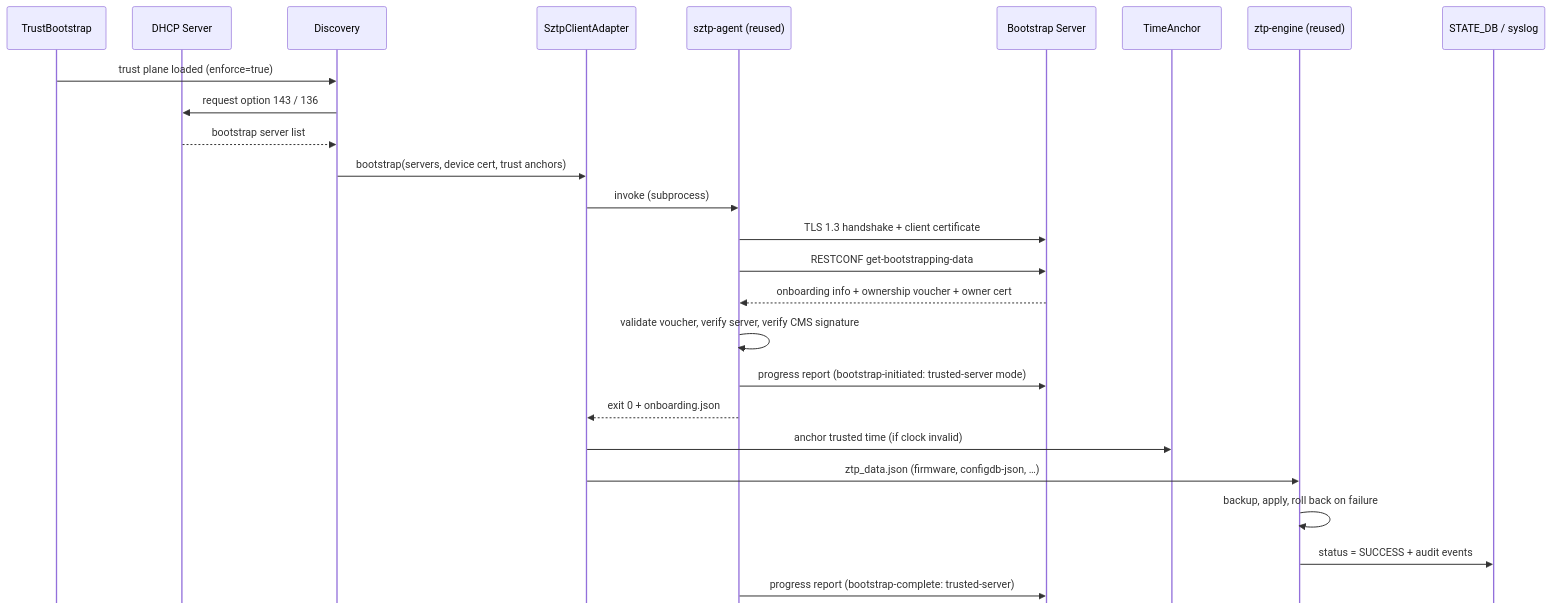
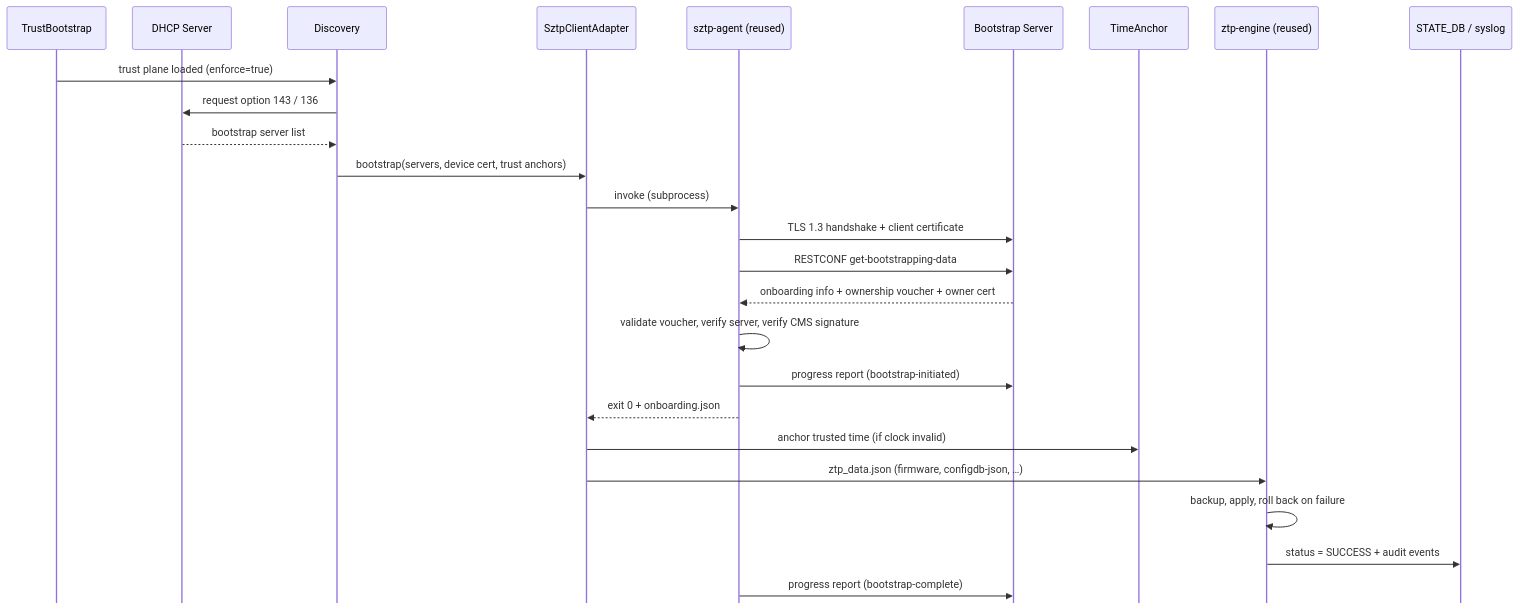
One commit to sonic-net/SONiC changed the ninth of 14 diagrams in doc/ztp/trusted-ztp.md. Above: the diagram before and after it, drawn with Mermaid.

````diff
--- a/doc/ztp/trusted-ztp.md
+++ b/doc/ztp/trusted-ztp.md
@@ -983,30 +983,30 @@
 ```mermaid
 %%{init: {'sequence': {'mirrorActors': false, 'actorMargin': 40}, 'themeVariables': {'fontSize': '12px'}}}%%
 sequenceDiagram
     participant TB as TrustBootstrap
     participant DHCP as DHCP Server
     participant DISC as Discovery
     participant ADP as SztpClientAdapter
     participant AGT as sztp-agent (reused)
     participant BS as Bootstrap Server
     participant TA as TimeAnchor
     participant ENG as ztp-engine (reused)
     participant DB as STATE_DB / syslog
 
     TB->>DISC: trust plane loaded (enforce=true)
     DISC->>DHCP: request option 143 / 136
     DHCP-->>DISC: bootstrap server list
     DISC->>ADP: bootstrap(servers, device cert, trust anchors)
     ADP->>AGT: invoke (subprocess)
     AGT->>BS: TLS 1.3 handshake + client certificate
     AGT->>BS: RESTCONF get-bootstrapping-data
     BS-->>AGT: onboarding info + ownership voucher + owner cert
     AGT->>AGT: validate voucher, verify server, verify CMS signature
-    AGT->>BS: progress report (bootstrap-initiated: trusted-server mode)
+    AGT->>BS: progress report (bootstrap-initiated)
     AGT-->>ADP: exit 0 + onboarding.json
     ADP->>TA: anchor trusted time (if clock invalid)
     ADP->>ENG: ztp_data.json (firmware, configdb-json, …)
     ENG->>ENG: backup, apply, roll back on failure
     ENG->>DB: status = SUCCESS + audit events
-    AGT->>BS: progress report (bootstrap-complete: trusted-server)
+    AGT->>BS: progress report (bootstrap-complete)
 ```
````
